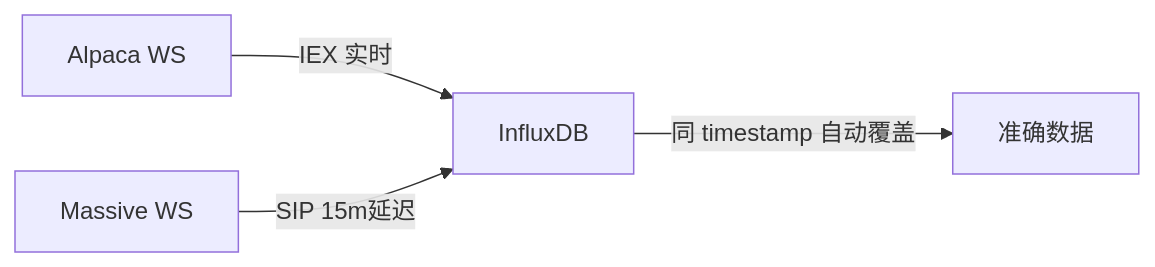
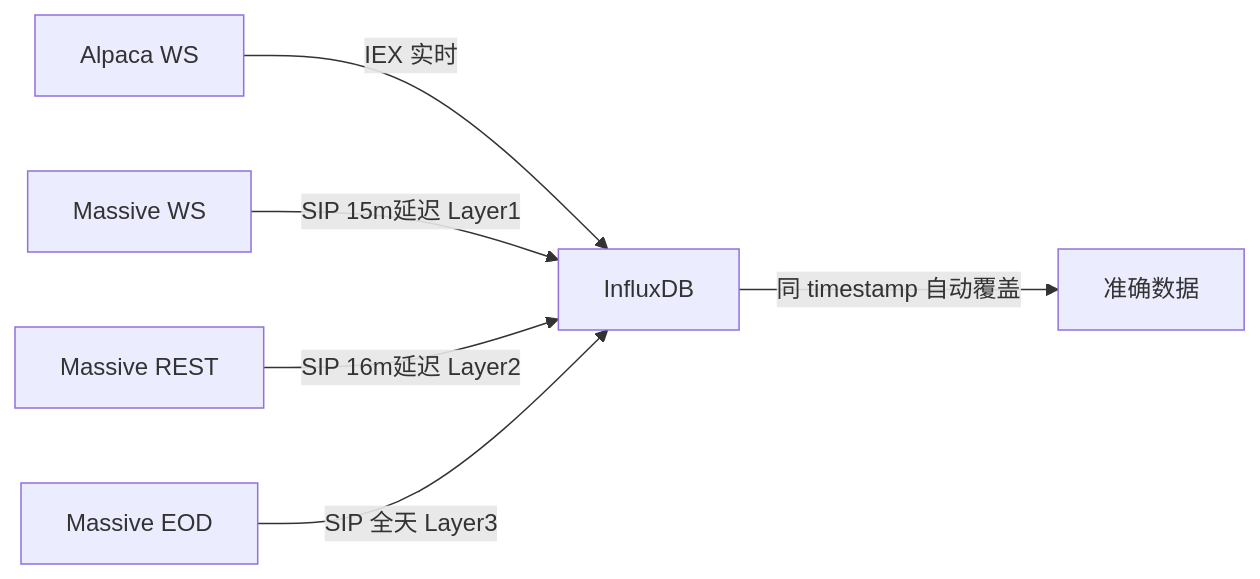
The fourth of 6 diagrams in docs/design.md (jingnanl/WavePilotAI), drawn with Mermaid before and after one commit. The commit also changed other lines of this file and 21 other files, not shown here.

First line of the commit message:
feat(worker): implement three-layer SIP data correction strategy

````diff
--- a/docs/design.md
+++ b/docs/design.md
@@ -240,6 +240,8 @@
 ```mermaid
 graph LR
     A[Alpaca WS] -->|IEX 实时| C[InfluxDB]
-    B[Massive WS] -->|SIP 15m延迟| C
+    B1[Massive WS] -->|SIP 15m延迟 Layer1| C
+    B2[Massive REST] -->|SIP 16m延迟 Layer2| C
+    B3[Massive EOD] -->|SIP 全天 Layer3| C
     C -->|同 timestamp 自动覆盖| D[准确数据]
 ```
````
